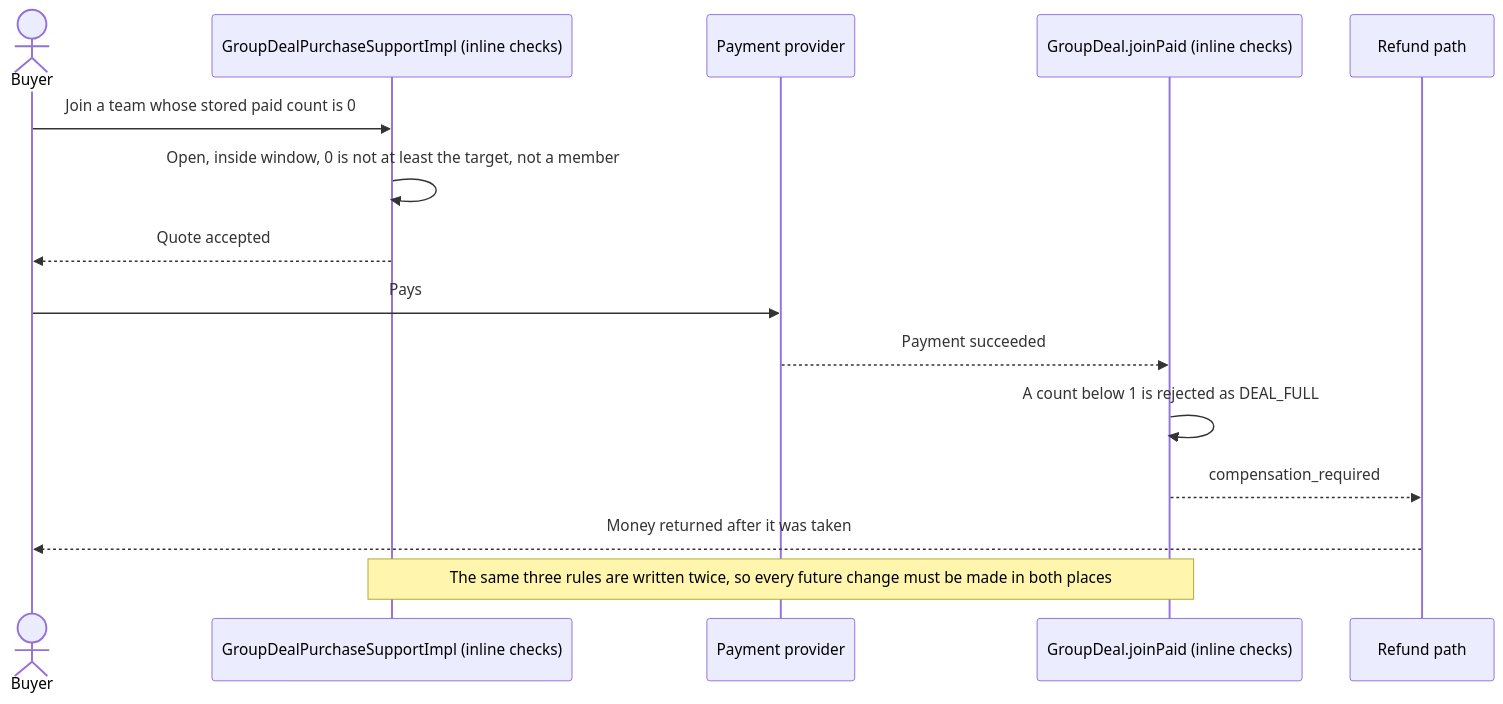
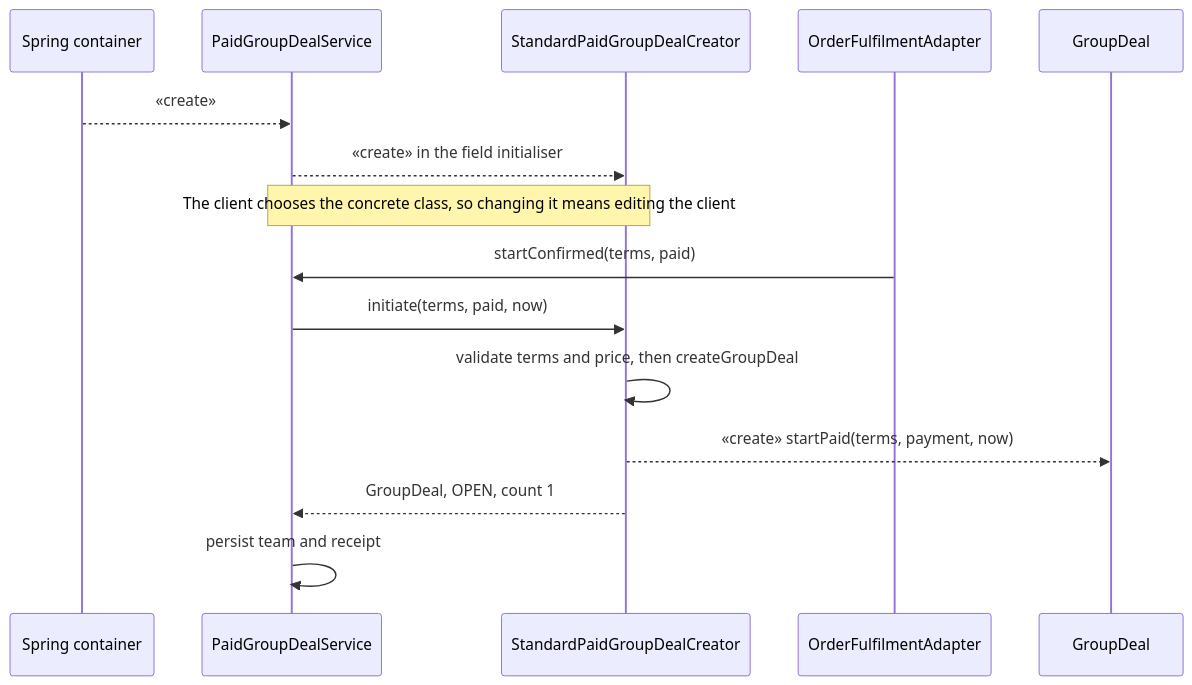
One commit to PPsyrius/iss-groupbuy-team8 changed the ninth of 11 diagrams in docs/swe5006/report-drafts/eric-wang-contribution.md. Above: the diagram before and after it, drawn with Mermaid. The commit also changed other lines of this file and 3 other files, not shown here.

````diff
--- a/docs/swe5006/report-drafts/eric-wang-contribution.md
+++ b/docs/swe5006/report-drafts/eric-wang-contribution.md
@@ -406,18 +636,18 @@
 ```mermaid
 sequenceDiagram
-    actor Buyer
-    participant Quote as GroupDealPurchaseSupportImpl (inline checks)
-    participant Provider as Payment provider
-    participant Admit as GroupDeal.joinPaid (inline checks)
-    participant Refund as Refund path
+    participant Spring as Spring container
+    participant Service as PaidGroupDealService
+    participant Std as StandardPaidGroupDealCreator
+    participant Adapter as OrderFulfilmentAdapter
+    participant Deal as GroupDeal
 
-    Buyer->>Quote: Join a team whose stored paid count is 0
-    Quote->>Quote: Open, inside window, 0 is not at least the target, not a member
-    Quote-->>Buyer: Quote accepted
-    Buyer->>Provider: Pays
-    Provider-->>Admit: Payment succeeded
-    Admit->>Admit: A count below 1 is rejected as DEAL_FULL
-    Admit-->>Refund: compensation_required
-    Refund-->>Buyer: Money returned after it was taken
-    Note over Quote,Admit: The same three rules are written twice, so every future change must be made in both places
+    Spring-->>Service: «create»
+    Service-->>Std: «create» in the field initialiser
+    Note over Service,Std: The client chooses the concrete class, so changing it means editing the client
+    Adapter->>Service: startConfirmed(terms, paid)
+    Service->>Std: initiate(terms, paid, now)
+    Std->>Std: validate terms and price, then createGroupDeal
+    Std-->>Deal: «create» startPaid(terms, payment, now)
+    Std-->>Service: GroupDeal, OPEN, count 1
+    Service->>Service: persist team and receipt
 ```
````
